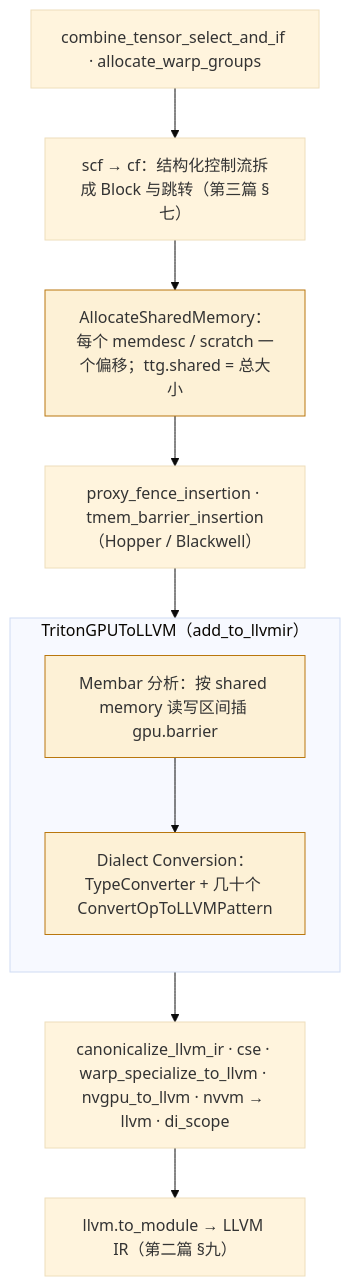
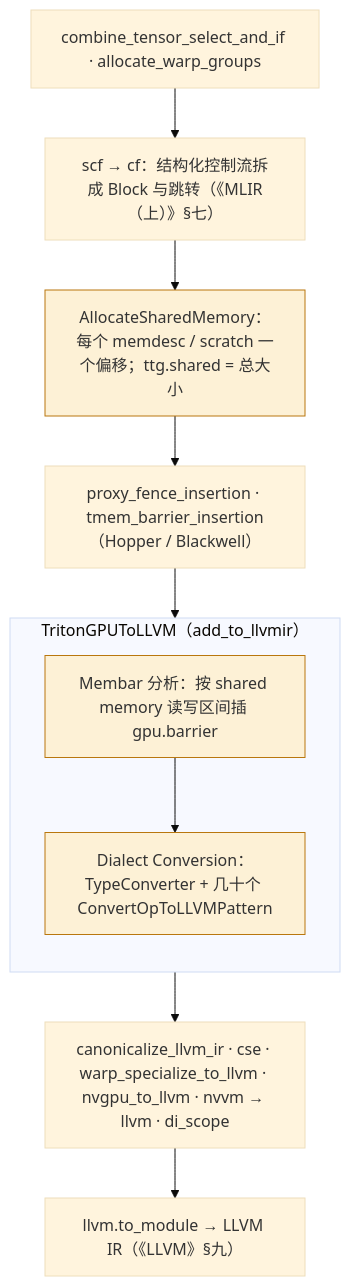
One commit to arganzheng/arganzheng.github.com changed the first of 2 diagrams in _posts/2026-12-01-triton-compiler-lowering-tritongpu-to-llvm.md. Above: the diagram before and after it, drawn with Mermaid (base theme). The commit also changed other lines of this file, not shown here.

First line of the commit message:
ML 编译器内部（10）下降到 LLVM：坐标引用改文章标题，补内存屏障参照

````diff
--- a/_posts/2026-12-01-triton-compiler-lowering-tritongpu-to-llvm.md
+++ b/_posts/2026-12-01-triton-compiler-lowering-tritongpu-to-llvm.md
@@ -22,20 +22,20 @@
 ```mermaid
 %% 图：make_llir 的 pass 顺序：scf → cf、AllocateSharedMemory 等准备，TritonGPUToLLVM 主体（Membar 分析 + Dialect Conversion），再几步收尾
 flowchart TB
     a["combine_tensor_select_and_if · allocate_warp_groups"]
-    b["scf → cf：结构化控制流拆成 Block 与跳转（第三篇 §七）"]
+    b["scf → cf：结构化控制流拆成 Block 与跳转（《MLIR（上）》§七）"]
     c["AllocateSharedMemory：每个 memdesc / scratch 一个偏移；ttg.shared = 总大小"]
     d["proxy_fence_insertion · tmem_barrier_insertion（Hopper / Blackwell）"]
     subgraph main["TritonGPUToLLVM（add_to_llvmir）"]
         direction TB
         m0["Membar 分析：按 shared memory 读写区间插 gpu.barrier"]
         m1["Dialect Conversion：TypeConverter + 几十个 ConvertOpToLLVMPattern"]
         m0 --> m1
     end
     e["canonicalize_llvm_ir · cse · warp_specialize_to_llvm · nvgpu_to_llvm · nvvm → llvm · di_scope"]
-    f["llvm.to_module → LLVM IR（第二篇 §九）"]
+    f["llvm.to_module → LLVM IR（《LLVM》§九）"]
     a --> b --> c --> d --> main --> e --> f
 
     classDef hot fill:#fdf1d6,stroke:#b9770e
     class c,m0,m1 hot
 ```
````
